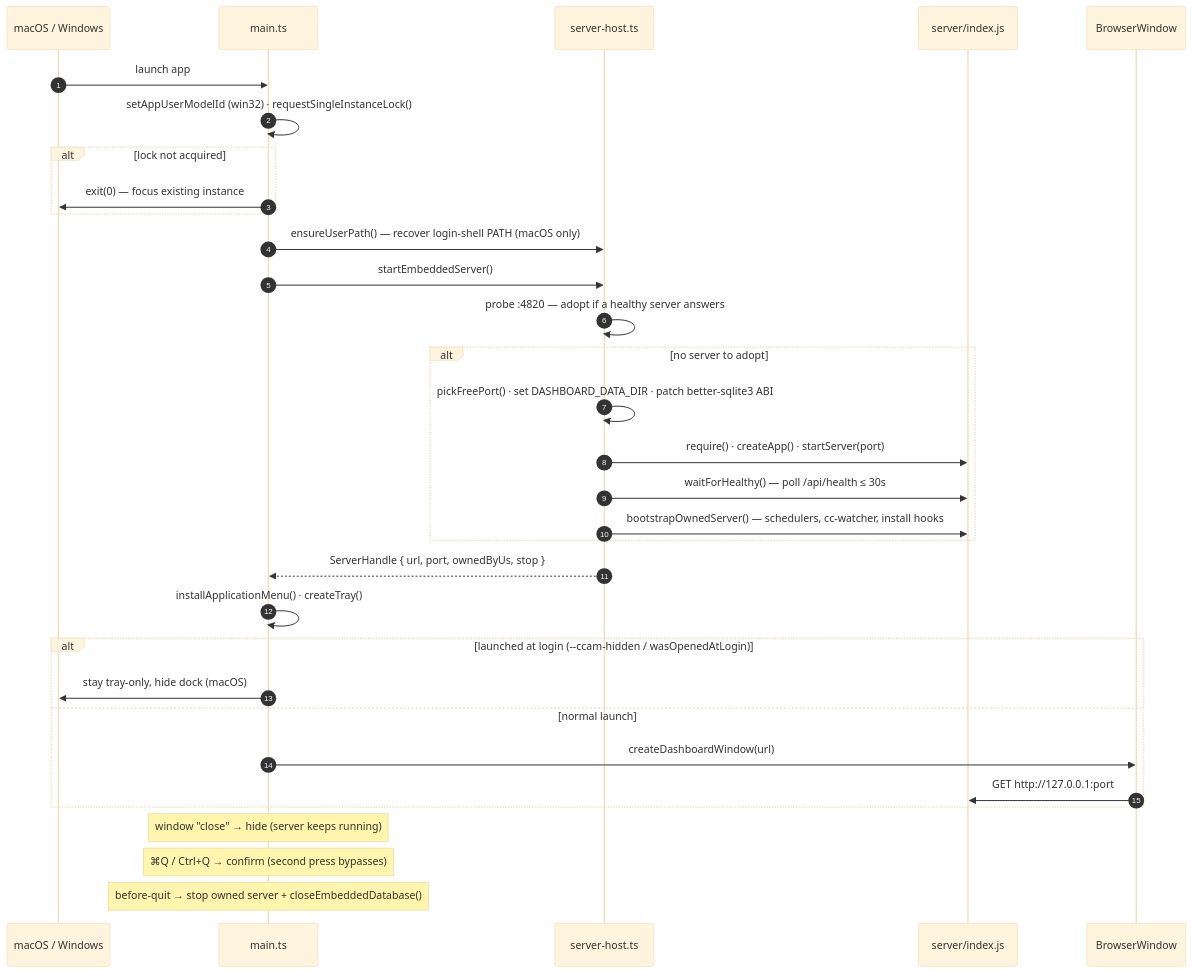
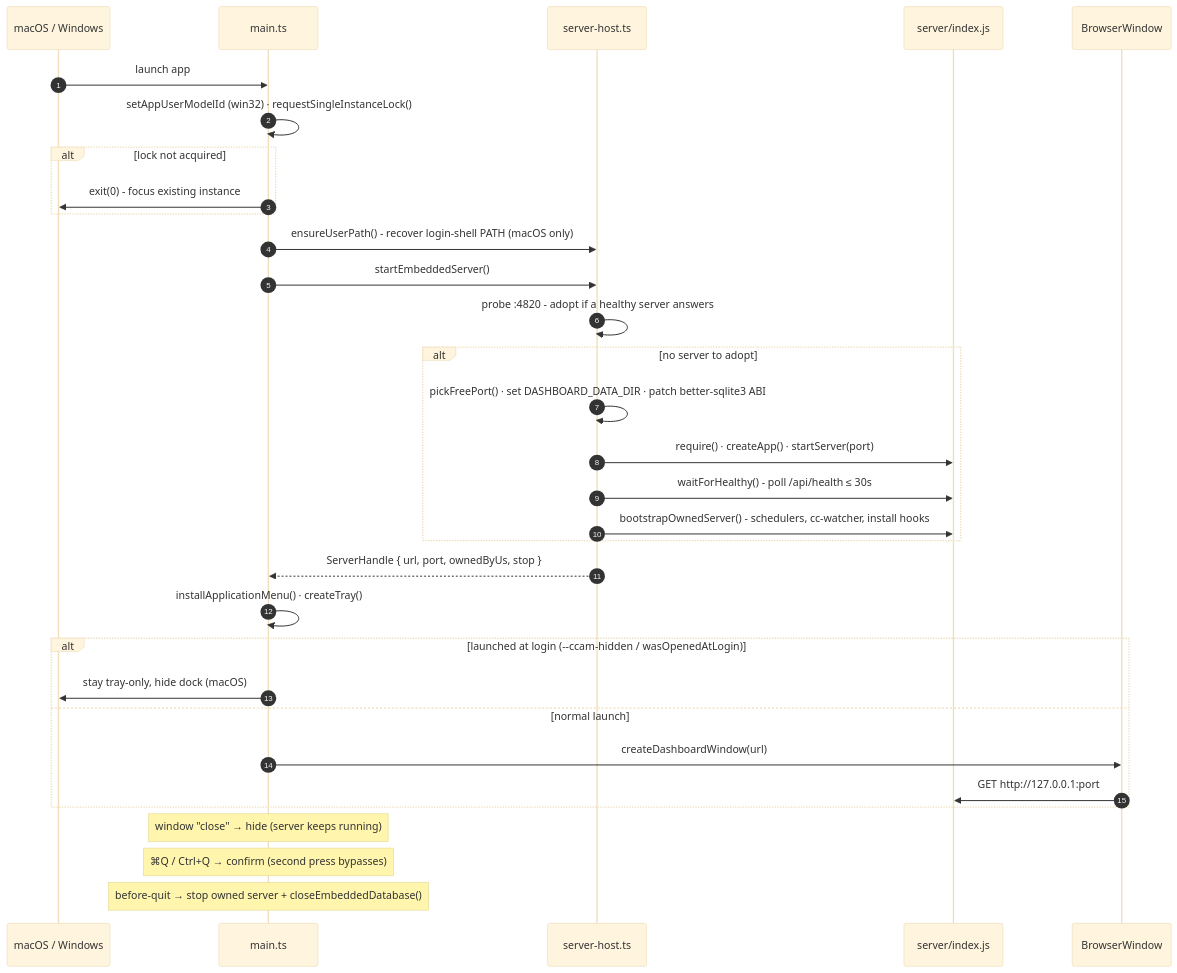
Diagram 39 of 48 in ARCHITECTURE.md (MrZarrar/Jarvis-Sub-Agent-Dashboard), drawn with Mermaid (base theme) before and after one commit. The commit also changed other lines of this file and 382 other files, not shown here.

````diff
--- a/ARCHITECTURE.md
+++ b/ARCHITECTURE.md
@@ -2859,35 +2905,35 @@
 ```mermaid
 sequenceDiagram
     autonumber
     participant OS as macOS / Windows
     participant Main as main.ts
     participant Host as server-host.ts
     participant Srv as server/index.js
     participant UI as BrowserWindow
 
     OS->>Main: launch app
     Main->>Main: setAppUserModelId (win32) · requestSingleInstanceLock()
     alt lock not acquired
-        Main->>OS: exit(0) — focus existing instance
+        Main->>OS: exit(0) - focus existing instance
     end
-    Main->>Host: ensureUserPath() — recover login-shell PATH (macOS only)
+    Main->>Host: ensureUserPath() - recover login-shell PATH (macOS only)
     Main->>Host: startEmbeddedServer()
-    Host->>Host: probe :4820 — adopt if a healthy server answers
+    Host->>Host: probe :4820 - adopt if a healthy server answers
     alt no server to adopt
         Host->>Host: pickFreePort() · set DASHBOARD_DATA_DIR · patch better-sqlite3 ABI
         Host->>Srv: require() · createApp() · startServer(port)
-        Host->>Srv: waitForHealthy() — poll /api/health ≤ 30s
-        Host->>Srv: bootstrapOwnedServer() — schedulers, cc-watcher, install hooks
+        Host->>Srv: waitForHealthy() - poll /api/health ≤ 30s
+        Host->>Srv: bootstrapOwnedServer() - schedulers, cc-watcher, install hooks
     end
     Host-->>Main: ServerHandle { url, port, ownedByUs, stop }
     Main->>Main: installApplicationMenu() · createTray()
     alt launched at login (--ccam-hidden / wasOpenedAtLogin)
         Main->>OS: stay tray-only, hide dock (macOS)
     else normal launch
         Main->>UI: createDashboardWindow(url)
         UI->>Srv: GET http://127.0.0.1:port
     end
     Note over Main: window "close" → hide (server keeps running)
     Note over Main: ⌘Q / Ctrl+Q → confirm (second press bypasses)
     Note over Main: before-quit → stop owned server + closeEmbeddedDatabase()
 ```
````
